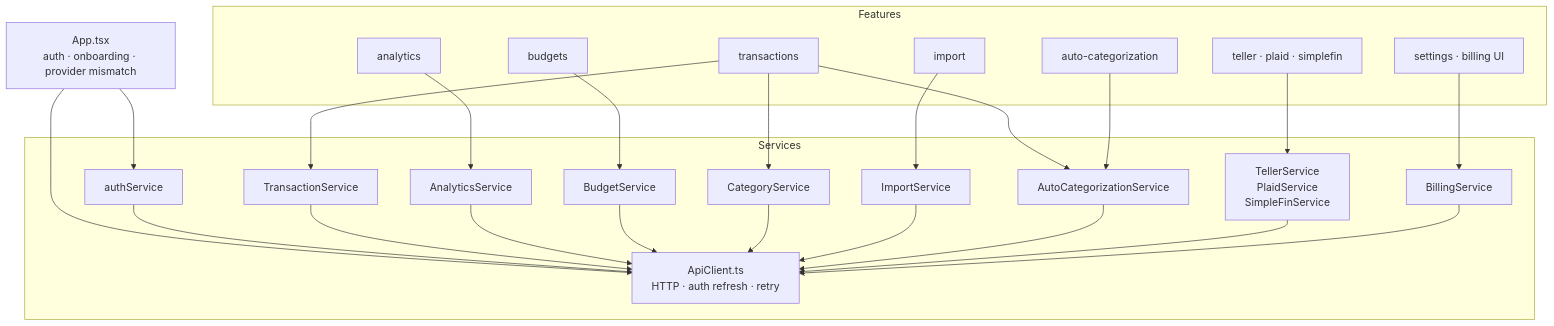
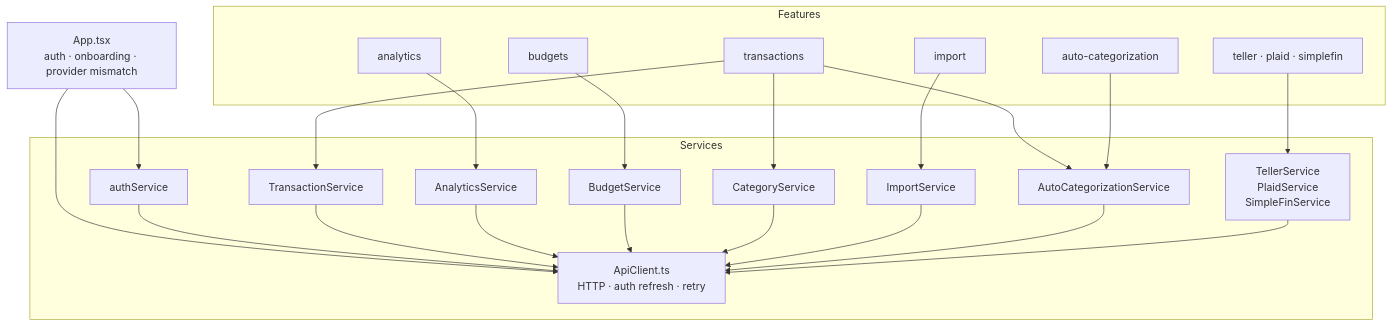
The eighth of 11 diagrams in docs/ARCHITECTURE.md (TwoBitFoundry/sumurai), drawn with Mermaid before and after one commit. The commit also changed other lines of this file and 3 other files, not shown here.

````diff
--- a/docs/ARCHITECTURE.md
+++ b/docs/ARCHITECTURE.md
@@ -280,38 +274,35 @@
 ```mermaid
 flowchart TD
     App["App.tsx\nauth · onboarding · provider mismatch"]
 
     subgraph Services
         ApiClient["ApiClient.ts\nHTTP · auth refresh · retry"]
         AuthSvc["authService"]
         TxSvc["TransactionService"]
         AnalSvc["AnalyticsService"]
         BudgetSvc["BudgetService"]
         CatSvc["CategoryService"]
         ImportSvc["ImportService"]
         AutoCatSvc["AutoCategorizationService"]
-        BillingSvc["BillingService"]
         ProviderSvcs["TellerService\nPlaidService\nSimpleFinService"]
     end
 
     subgraph Features
         FTx["transactions"]
         FBudget["budgets"]
         FAnal["analytics"]
         FImport["import"]
         FProviders["teller · plaid · simplefin"]
         FAutoCat["auto-categorization"]
-        FBilling["settings · billing UI"]
     end
 
     App --> AuthSvc & ApiClient
     FTx --> TxSvc & CatSvc & AutoCatSvc
     FBudget --> BudgetSvc
     FAnal --> AnalSvc
     FImport --> ImportSvc
     FProviders --> ProviderSvcs
     FAutoCat --> AutoCatSvc
-    FBilling --> BillingSvc
 
-    AuthSvc & TxSvc & AnalSvc & BudgetSvc & CatSvc & ImportSvc & AutoCatSvc & ProviderSvcs & BillingSvc --> ApiClient
+    AuthSvc & TxSvc & AnalSvc & BudgetSvc & CatSvc & ImportSvc & AutoCatSvc & ProviderSvcs --> ApiClient
 ```
````
